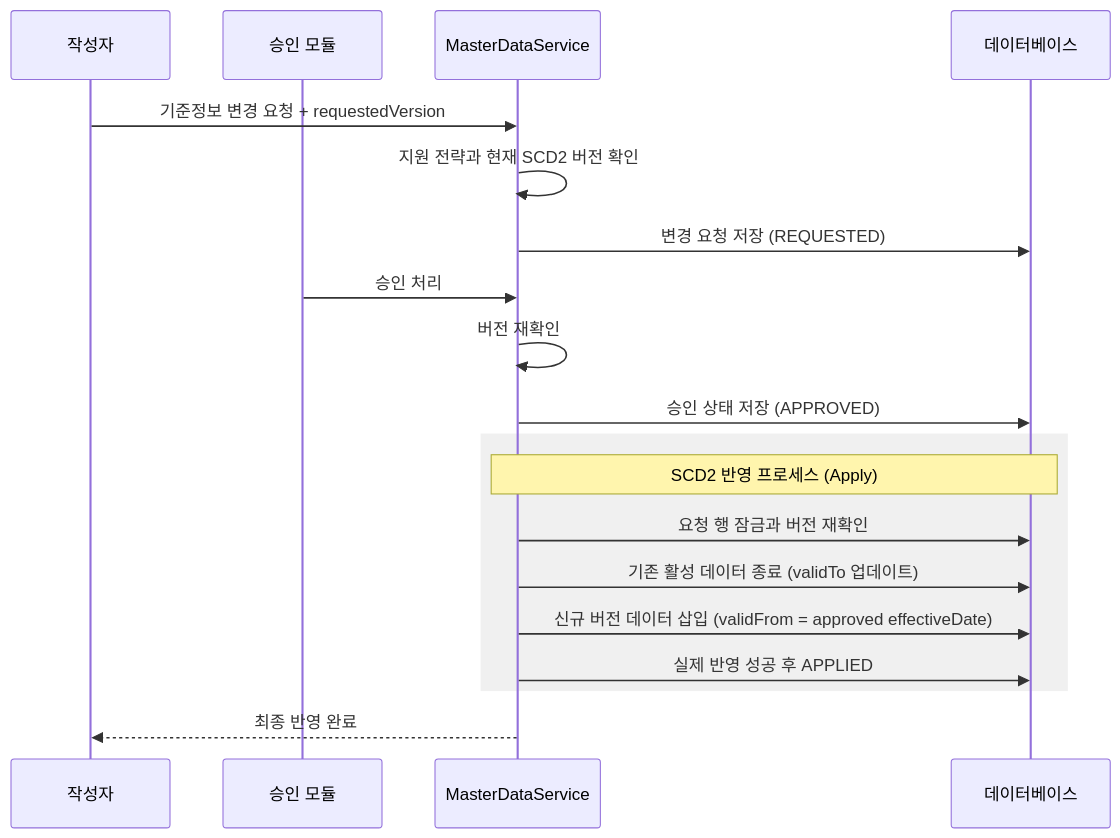
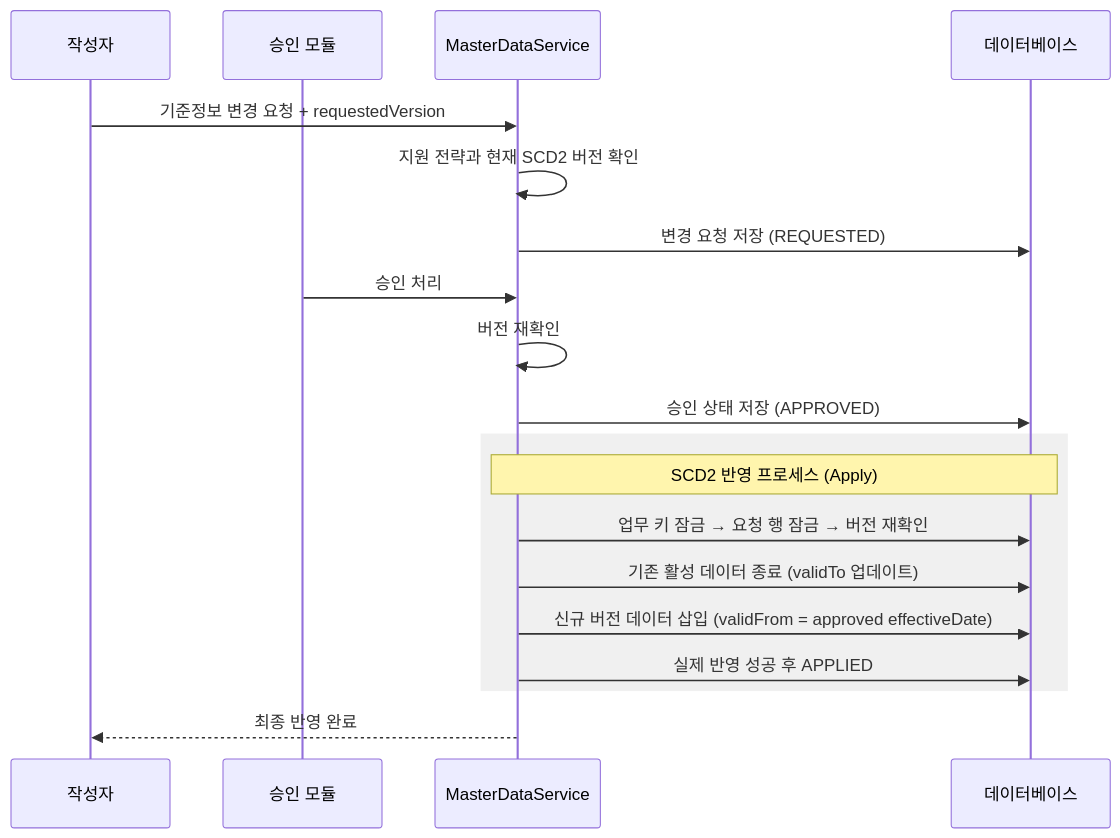
One commit to skyg547/account changed the first of 3 diagrams in master-data/README.md. Above: the diagram before and after it, drawn with Mermaid. The commit also changed other lines of this file and 48 other files, not shown here.

````diff
--- a/master-data/README.md
+++ b/master-data/README.md
@@ -31,24 +31,24 @@
 ```mermaid
 sequenceDiagram
     participant Requester as 작성자
     participant Governance as 승인 모듈
     participant Master as MasterDataService
     participant DB as 데이터베이스
 
     Requester->>Master: 기준정보 변경 요청 + requestedVersion
     Master->>Master: 지원 전략과 현재 SCD2 버전 확인
     Master->>DB: 변경 요청 저장 (REQUESTED)
     Governance->>Master: 승인 처리
     Master->>Master: 버전 재확인
     Master->>DB: 승인 상태 저장 (APPROVED)
 
     rect rgb(240, 240, 240)
         Note over Master, DB: SCD2 반영 프로세스 (Apply)
-        Master->>DB: 요청 행 잠금과 버전 재확인
+        Master->>DB: 업무 키 잠금 → 요청 행 잠금 → 버전 재확인
         Master->>DB: 기존 활성 데이터 종료 (validTo 업데이트)
         Master->>DB: 신규 버전 데이터 삽입 (validFrom = approved effectiveDate)
         Master->>DB: 실제 반영 성공 후 APPLIED
     end
 
     Master-->>Requester: 최종 반영 완료
 ```
````
